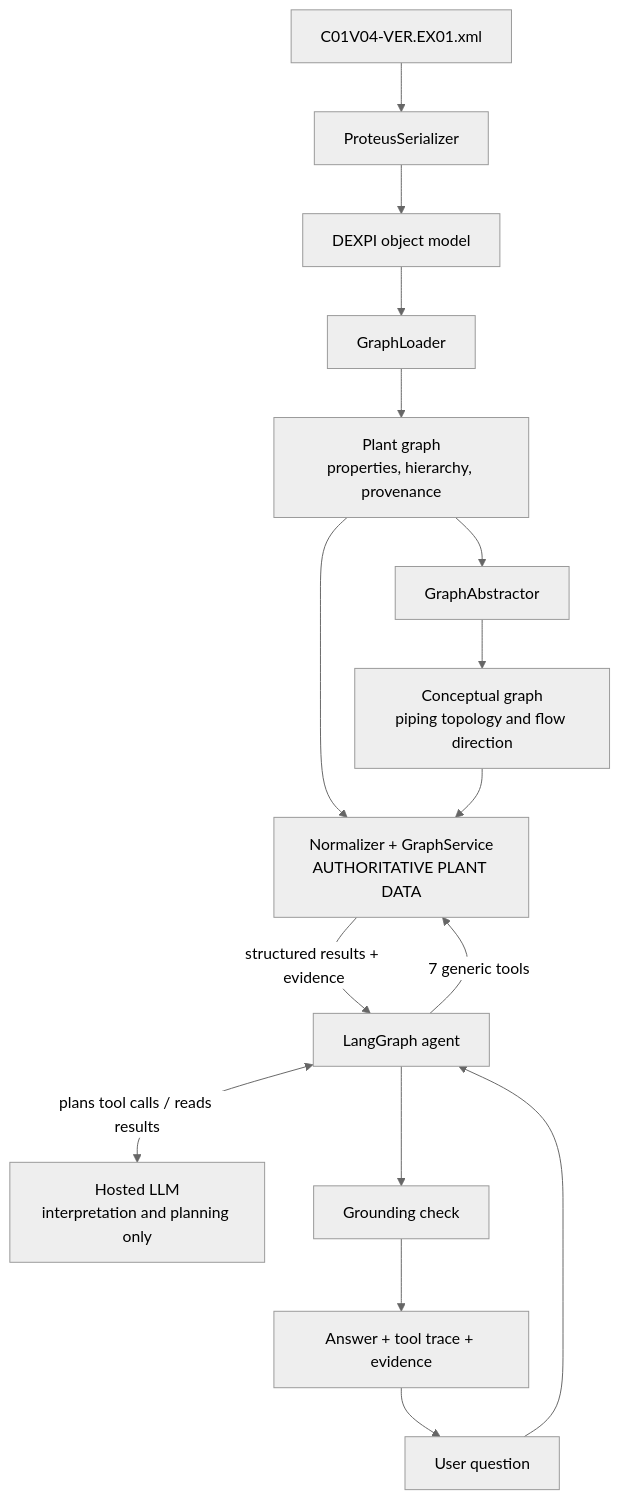
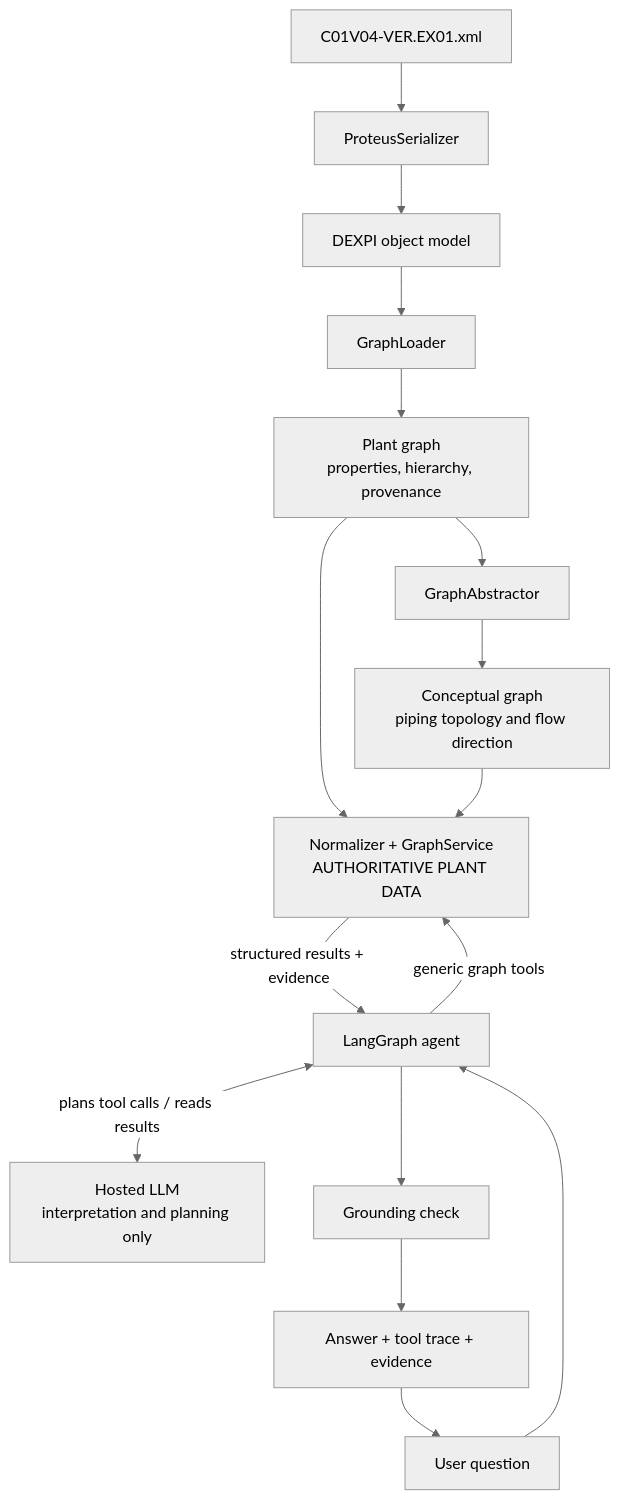
Before and after one commit to shaaz1000/pid-graph-agent: the diagram in README.md, drawn with Mermaid (neutral theme). The commit also changed other lines of this file and 6 other files, not shown here.

First line of the commit message:
docs: align supporting docs with follow-up architecture

````diff
--- a/README.md
+++ b/README.md
@@ -186,13 +186,13 @@
 ```mermaid
 flowchart TD
     XML["C01V04-VER.EX01.xml"] --> PS["ProteusSerializer"] --> DM["DEXPI object model"] --> GL["GraphLoader"]
     GL --> PG["Plant graph<br/>properties, hierarchy, provenance"]
     PG --> GA["GraphAbstractor"] --> CG["Conceptual graph<br/>piping topology and flow direction"]
     PG --> GS["Normalizer + GraphService<br/>AUTHORITATIVE PLANT DATA"]
     CG --> GS
     U["User question"] --> AG["LangGraph agent"]
     AG <-->|"plans tool calls / reads results"| LLM["Hosted LLM<br/>interpretation and planning only"]
-    AG -->|"7 generic tools"| GS
+    AG -->|"generic graph tools"| GS
     GS -->|"structured results + evidence"| AG
     AG --> GR["Grounding check"] --> OUT["Answer + tool trace + evidence"] --> U
 ```
````
